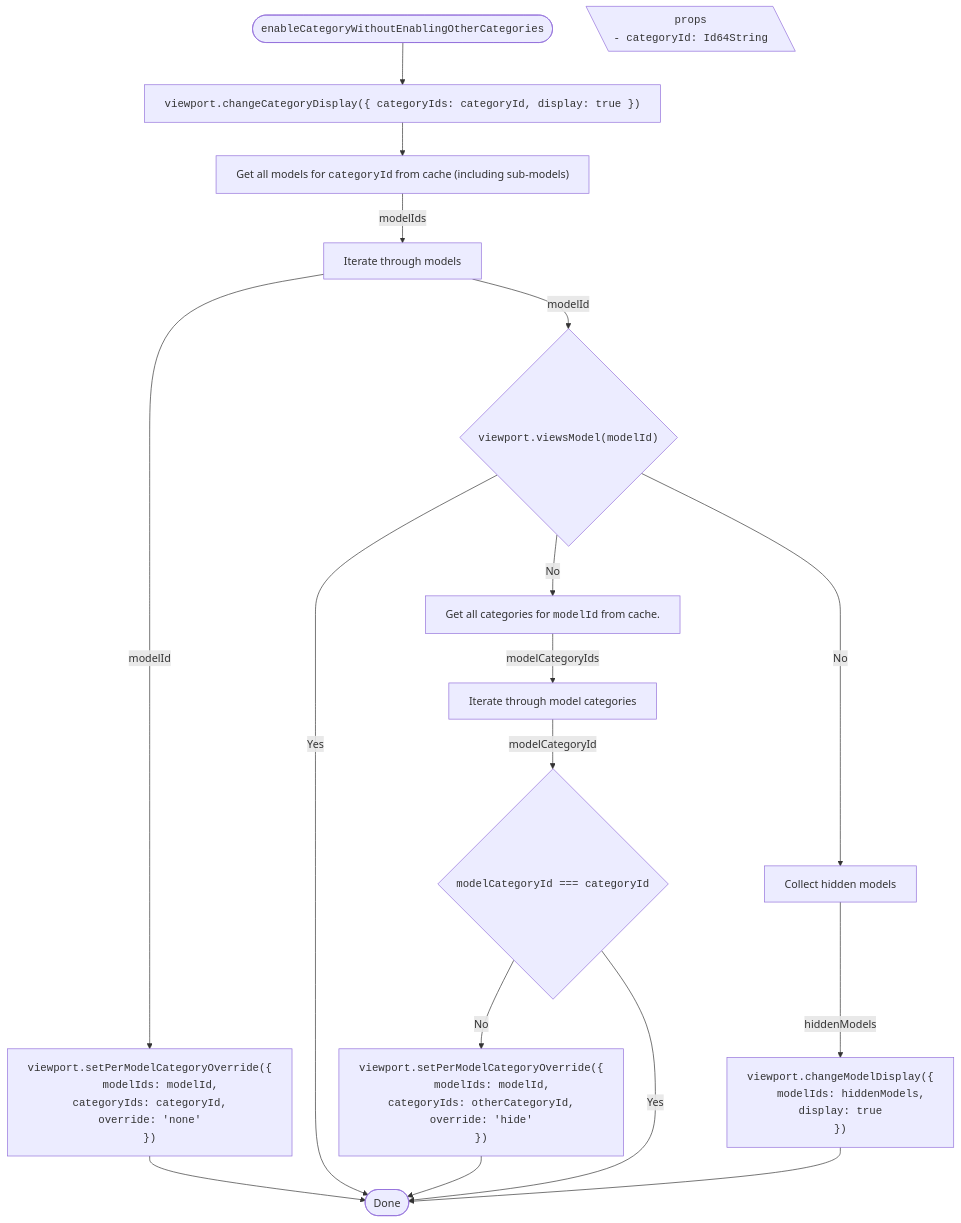
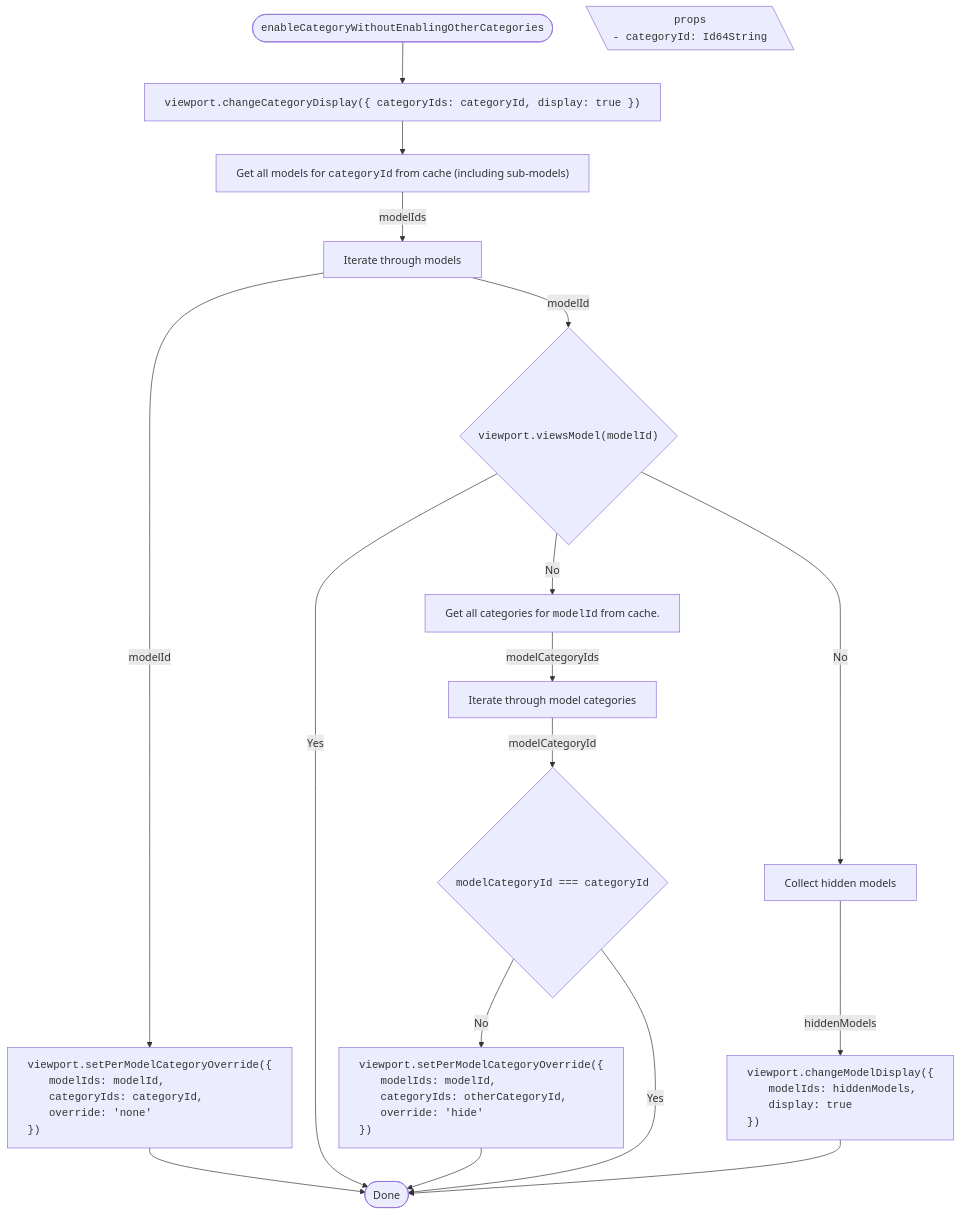
The fourth of 4 diagrams in packages/itwin/tree-widget/docs/CategoriesTreeVisibilityHandling.md (iTwin/viewer-components-react), drawn with Mermaid before and after one commit. The commit also changed other lines of this file and 3 other files, not shown here.

````diff
--- a/packages/itwin/tree-widget/docs/CategoriesTreeVisibilityHandling.md
+++ b/packages/itwin/tree-widget/docs/CategoriesTreeVisibilityHandling.md
@@ -139,48 +139,48 @@
 ```mermaid
 ---
 config:
   flowchart:
     wrappingWidth: 750
     useMaxWidth: false
 ---
 
 flowchart TD
   RESULT_Done([Done])
 
   %% Start
   TITLE(["<code>enableCategoryWithoutEnablingOtherCategories</code>"]) --> A["<code>viewport.changeCategoryDisplay({ categoryIds: categoryId, display: true })</code>"]
 
   PROPS[\"
     <code>props</code>
-    <code style='text-align: left;'>- categoryId: Id64String</code>
+    <code style='display: block; text-align: left;'>- categoryId: Id64String</code>
   "\]
 
   A --> B["Get all models for <code>categoryId</code> from cache (including sub-models)"]
   B -- modelIds --> C["Iterate through models"]
-  C -- modelId --> D1["<code style='text-align: left;'>viewport.setPerModelCategoryOverride({
-    <code style='padding-left: 2rem'>modelIds: modelId,
-    categoryIds: categoryId,
-    override: 'none'</code>
+  C -- modelId --> D1["<code style='display: block; text-align: left;'>viewport.setPerModelCategoryOverride({
+    <code style='padding-left: 2rem'>modelIds: modelId,</code>
+    <code style='padding-left: 2rem'>categoryIds: categoryId,</code>
+    <code style='padding-left: 2rem'>override: 'none'</code>
   })</code>"]
   C -- modelId --> D2{"<code>viewport.viewsModel(modelId)</code>"}
 
   D1 --> RESULT_Done
 
   D2 -- Yes --> RESULT_Done
   D2 -- No --> E1["Get all categories for <code>modelId</code> from cache."]
   D2 -- No --> E2["Collect hidden models"]
   E1 -- modelCategoryIds --> F["Iterate through model categories"]
   F -- modelCategoryId --> G{"<code>modelCategoryId === categoryId </code>"}
-  G -- No --> G1["<code style='text-align: left;'>viewport.setPerModelCategoryOverride({
-    <code style='padding-left: 2rem'>modelIds: modelId,
-    categoryIds: otherCategoryId,
-    override: 'hide'</code>
+  G -- No --> G1["<code style='display: block; text-align: left;'>viewport.setPerModelCategoryOverride({
+    <code style='padding-left: 2rem'>modelIds: modelId,</code>
+    <code style='padding-left: 2rem'>categoryIds: otherCategoryId,</code>
+    <code style='padding-left: 2rem'>override: 'hide'</code>
     })</code>"]
     G1 --> RESULT_Done
   G -- Yes --> RESULT_Done
-  E2 -- hiddenModels --> H["<code style='text-align: left;'>viewport.changeModelDisplay({
-    <code style='padding-left: 2rem'>modelIds: hiddenModels,
-    display: true</code>
+  E2 -- hiddenModels --> H["<code style='display: block; text-align: left;'>viewport.changeModelDisplay({
+    <code style='padding-left: 2rem'>modelIds: hiddenModels,</code>
+    <code style='padding-left: 2rem'>display: true</code>
   })</code>"]
   H --> RESULT_Done
 ```
````
